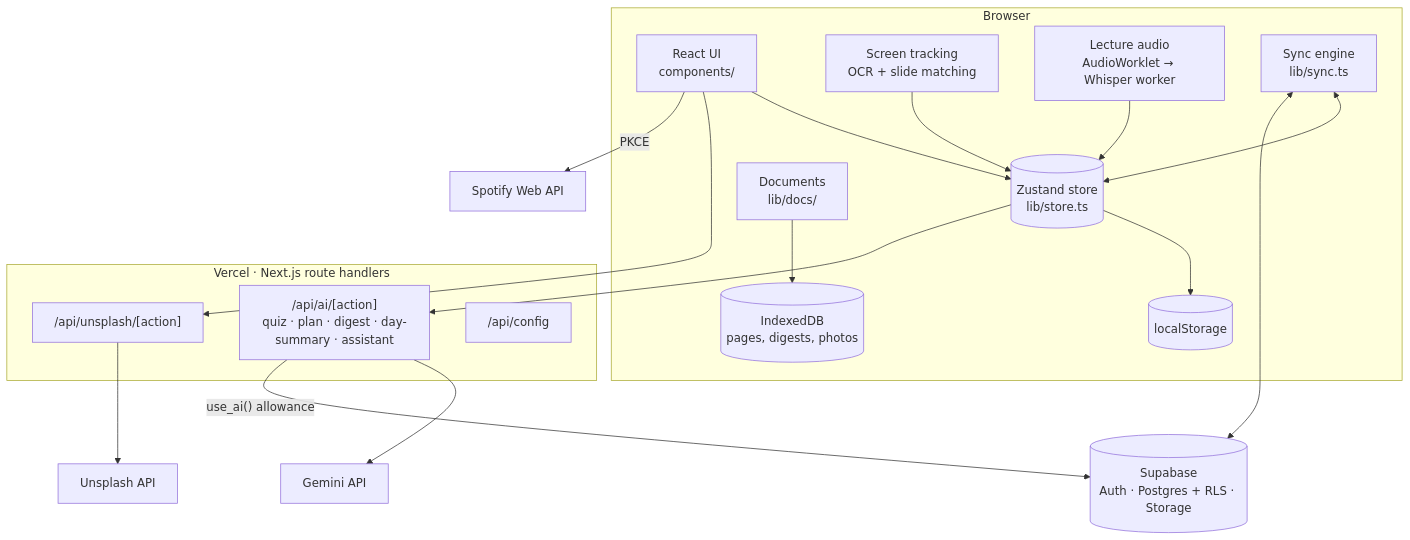
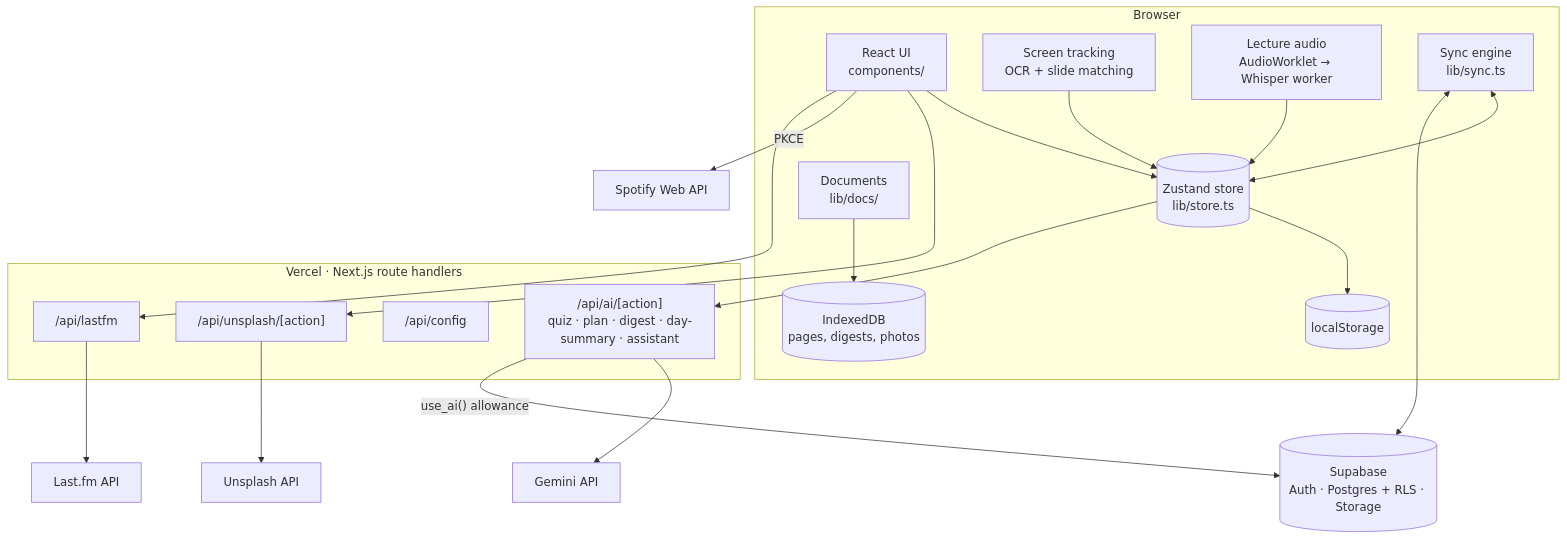
Before and after one commit to abdulksidani-png/Pomogator: the diagram in docs/ARCHITECTURE.md, drawn with Mermaid. The commit also changed other lines of this file and 23 other files, not shown here.

First line of the commit message:
Last.fm music for everyone, around Spotify's 5-user limit

````diff
--- a/docs/ARCHITECTURE.md
+++ b/docs/ARCHITECTURE.md
@@ -6,21 +6,23 @@
 ```mermaid
 flowchart TB
   subgraph Browser
     UI["React UI<br/>components/"] --> Store[("Zustand store<br/>lib/store.ts")]
     Store --> LS[("localStorage")]
     Docs["Documents<br/>lib/docs/"] --> IDB[("IndexedDB<br/>pages, digests, photos")]
     Screen["Screen tracking<br/>OCR + slide matching"] --> Store
     Audio["Lecture audio<br/>AudioWorklet → Whisper worker"] --> Store
     Sync["Sync engine<br/>lib/sync.ts"] <--> Store
   end
   subgraph Server["Vercel · Next.js route handlers"]
     AIRoute["/api/ai/[action]<br/>quiz · plan · digest · day-summary · assistant"]
     Photos["/api/unsplash/[action]"]
     Config["/api/config"]
+    Music["/api/lastfm"]
   end
   Sync <--> Supabase[("Supabase<br/>Auth · Postgres + RLS · Storage")]
   Store --> AIRoute --> Gemini["Gemini API"]
   AIRoute -->|"use_ai() allowance"| Supabase
   UI --> Photos --> Unsplash["Unsplash API"]
   UI -->|"PKCE"| Spotify["Spotify Web API"]
+  UI --> Music --> LastFM["Last.fm API"]
 ```
````
